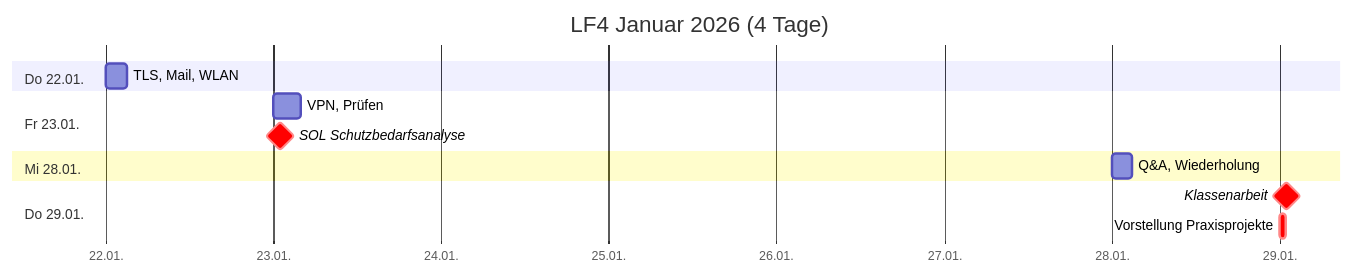
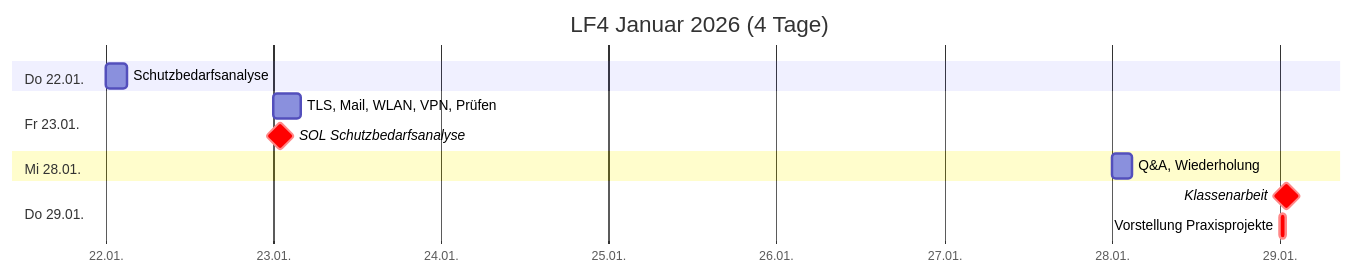
One commit to johannesloetzsch/LF4 changed the third of 4 diagrams in src/plan.md. Above: the diagram before and after it, drawn with Mermaid. The commit also changed other lines of this file and 5 other files, not shown here.

````diff
--- a/src/plan.md
+++ b/src/plan.md
@@ -37,16 +37,16 @@
 ```mermaid
 gantt
  title LF4 Januar 2026 (4 Tage)
  dateFormat YYYY-MM-DD
  axisFormat %d.%m.
  section Do 22.01.
-  TLS, Mail, WLAN                 :2025-01-22, 3h
+  Schutzbedarfsanalyse            :2025-01-22, 3h
  section Fr 23.01.
-  VPN, Prüfen                     :2025-01-23, 4h
+  TLS, Mail, WLAN, VPN, Prüfen    :2025-01-23, 4h
   SOL Schutzbedarfsanalyse        :crit, milestone, 2025-01-23, 2h
  section Mi 28.01.
   Q&A, Wiederholung               :2025-01-28, 3h
  section Do 29.01.
   Klassenarbeit                   :crit, milestone, 2025-01-29, 2h
   Vorstellung Praxisprojekte      :crit, 2025-01-29, 1h
 ```
````
